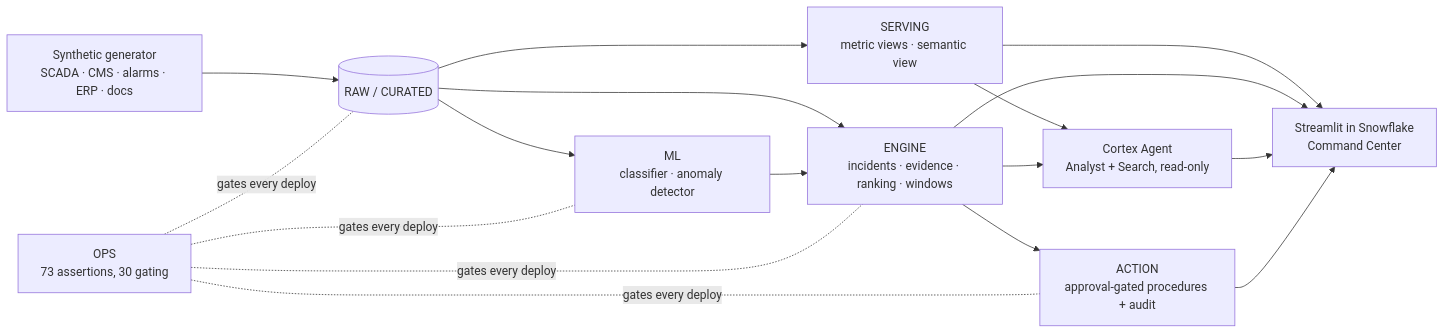
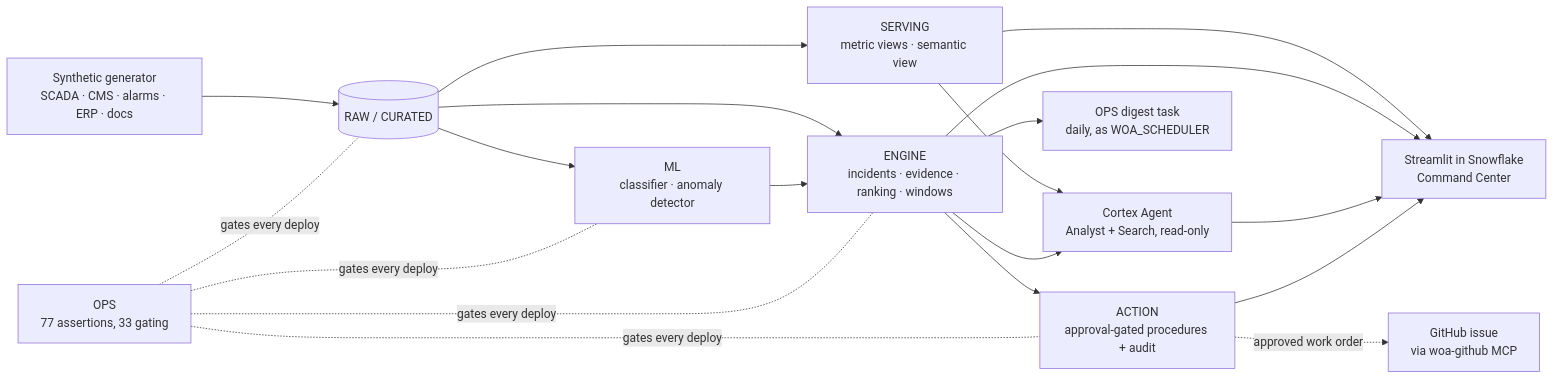
The diagram in README.md (winds-of-change-blr/wind-ops-ai), drawn with Mermaid before and after one commit. The commit also changed other lines of this file and 29 other files, not shown here.

First line of the commit message:
feat(coco): publish 3 skills, schedule the daily digest, add woa-github MCP

````diff
--- a/README.md
+++ b/README.md
@@ -31,12 +71,14 @@
 ```mermaid
 flowchart LR
     G[Synthetic generator<br/>SCADA · CMS · alarms · ERP · docs] --> R[(RAW / CURATED)]
     R --> S[SERVING<br/>metric views · semantic view]
     R --> M[ML<br/>classifier · anomaly detector]
     R --> E[ENGINE<br/>incidents · evidence · ranking · windows]
     M --> E
     S & E --> A[Cortex Agent<br/>Analyst + Search, read-only]
     E --> X[ACTION<br/>approval-gated procedures + audit]
     S & E & A & X --> U[Streamlit in Snowflake<br/>Command Center]
-    Q[OPS<br/>73 assertions, 30 gating] -. gates every deploy .- R & M & E & X
+    Q[OPS<br/>77 assertions, 33 gating] -. gates every deploy .- R & M & E & X
+    E --> D[OPS digest task<br/>daily, as WOA_SCHEDULER]
+    X -. approved work order .-> H[GitHub issue<br/>via woa-github MCP]
 ```
````
